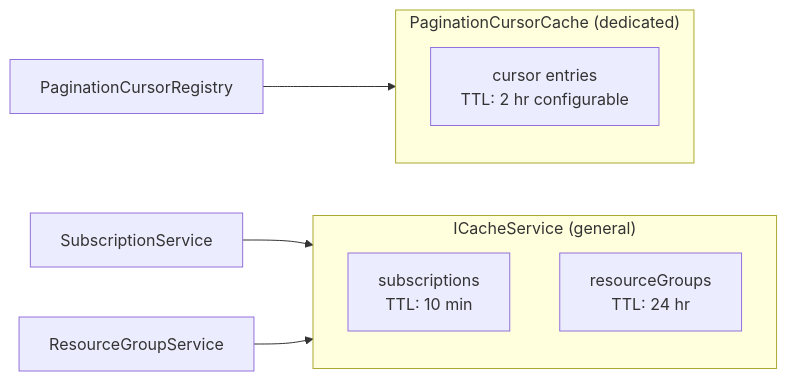
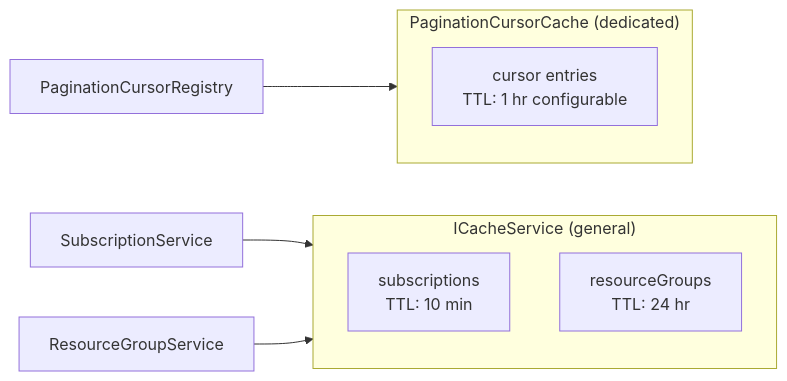
One commit to srnagar/mcp changed the third of 3 diagrams in docs/design/pagination.md. Above: the diagram before and after it, drawn with Mermaid. The commit also changed other lines of this file and 4 other files, not shown here.

````diff
--- a/docs/design/pagination.md
+++ b/docs/design/pagination.md
@@ -119,17 +120,17 @@
 ```mermaid
 flowchart LR
     subgraph GeneralCache["ICacheService (general)"]
         direction TB
         G1[subscriptions<br/>TTL: 10 min]
         G2[resourceGroups<br/>TTL: 24 hr]
     end
 
     subgraph PaginationStore["PaginationCursorCache (dedicated)"]
         direction TB
-        G3[cursor entries<br/>TTL: 2 hr configurable]
+        G3[cursor entries<br/>TTL: 1 hr configurable]
     end
 
     R[PaginationCursorRegistry] --> G3
     S[SubscriptionService] --> G1
     RG[ResourceGroupService] --> G2
 ```
````
